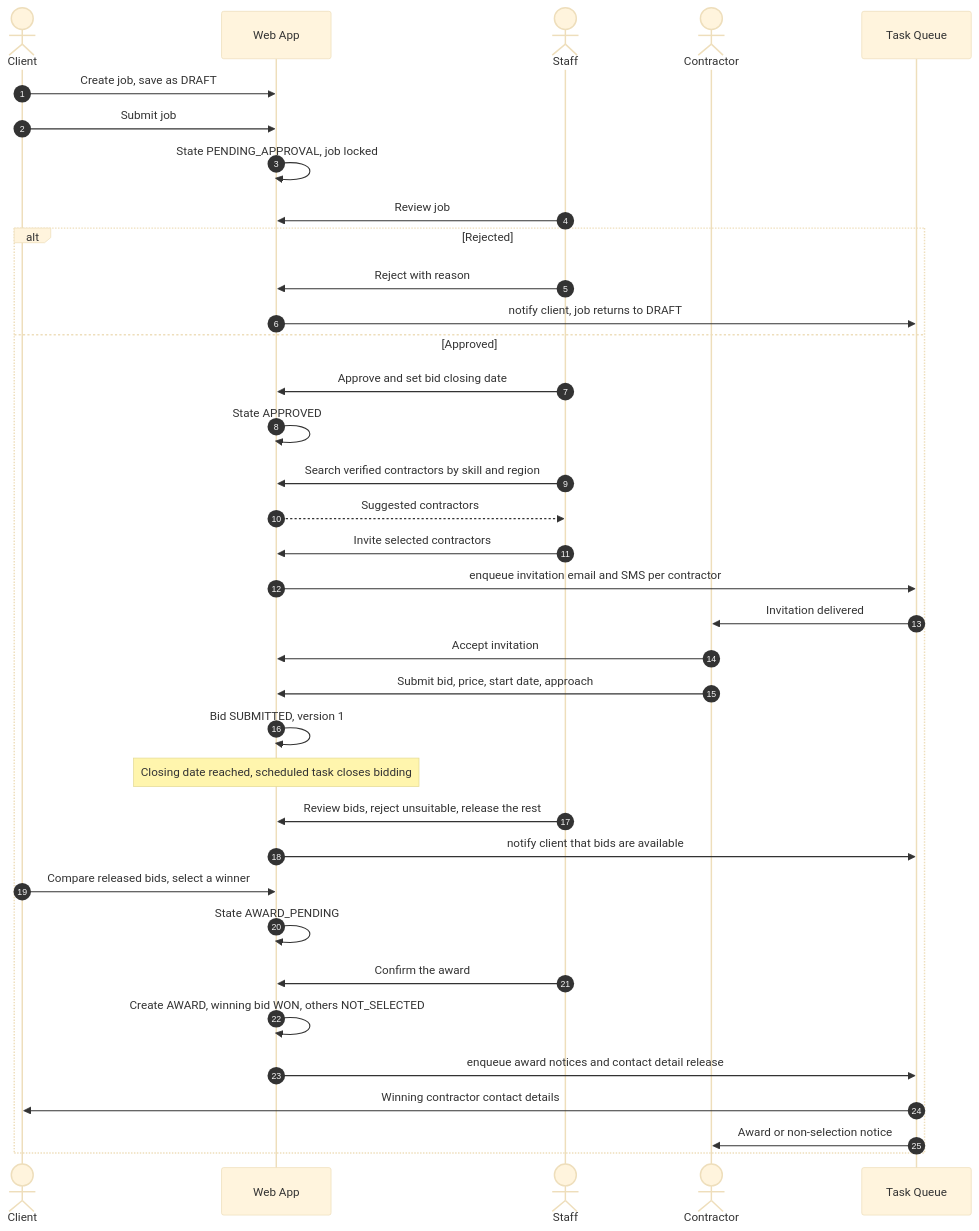
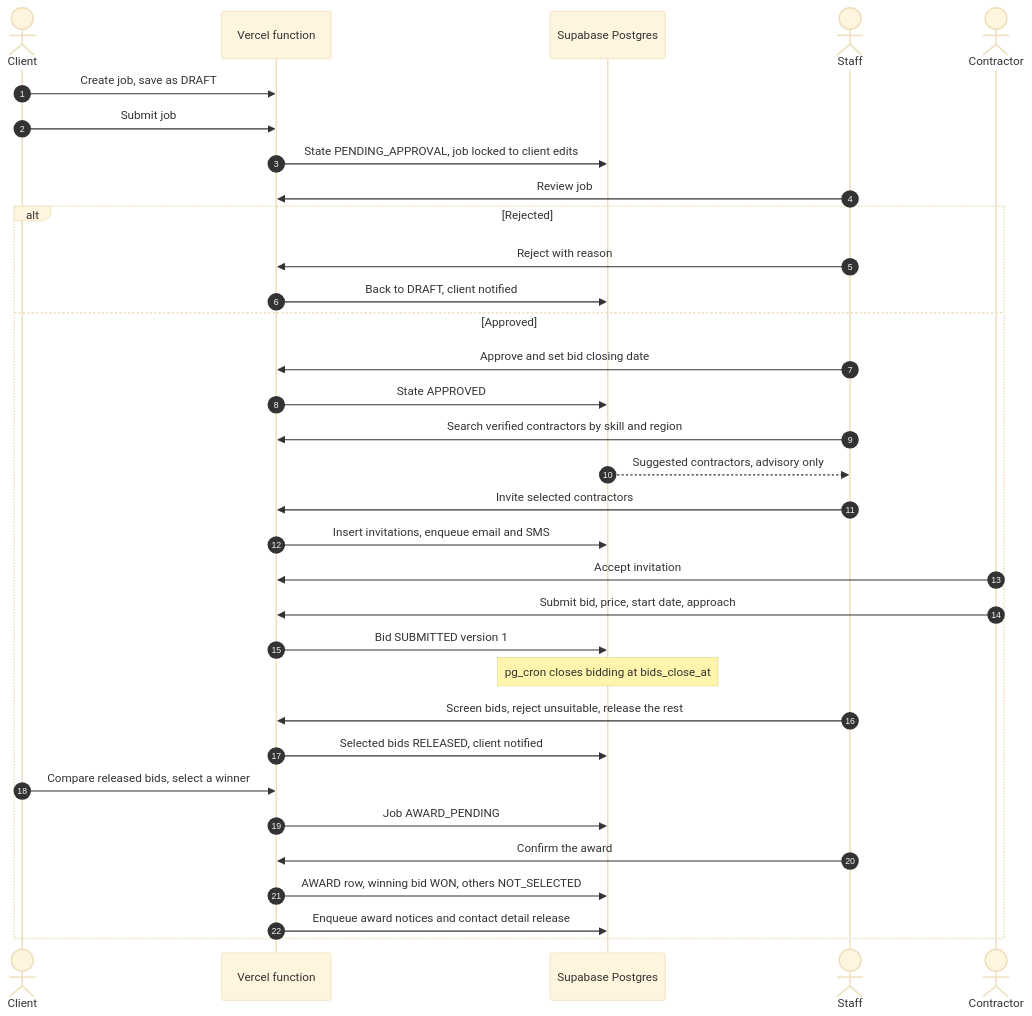
Before and after one commit to andrewbruno/ab-verified: the sixth of 11 diagrams in docs/SPEC.md, drawn with Mermaid (base theme). The commit also changed other lines of this file, not shown here.

First line of the commit message:
Rework the spec for Vercel, Supabase and RLS

````diff
--- a/docs/SPEC.md
+++ b/docs/SPEC.md
@@ -456,39 +494,36 @@
 ```mermaid
 sequenceDiagram
     autonumber
     actor C as Client
-    participant W as Web App
+    participant V as Vercel function
+    participant SB as Supabase Postgres
     actor S as Staff
     actor K as Contractor
-    participant Q as Task Queue
 
-    C->>W: Create job, save as DRAFT
-    C->>W: Submit job
-    W->>W: State PENDING_APPROVAL, job locked
-    S->>W: Review job
+    C->>V: Create job, save as DRAFT
+    C->>V: Submit job
+    V->>SB: State PENDING_APPROVAL, job locked to client edits
+    S->>V: Review job
     alt Rejected
-        S->>W: Reject with reason
-        W->>Q: notify client, job returns to DRAFT
+        S->>V: Reject with reason
+        V->>SB: Back to DRAFT, client notified
     else Approved
-        S->>W: Approve and set bid closing date
-        W->>W: State APPROVED
-        S->>W: Search verified contractors by skill and region
-        W-->>S: Suggested contractors
-        S->>W: Invite selected contractors
-        W->>Q: enqueue invitation email and SMS per contractor
-        Q->>K: Invitation delivered
-        K->>W: Accept invitation
-        K->>W: Submit bid, price, start date, approach
-        W->>W: Bid SUBMITTED, version 1
-        Note over W: Closing date reached, scheduled task closes bidding
-        S->>W: Review bids, reject unsuitable, release the rest
-        W->>Q: notify client that bids are available
-        C->>W: Compare released bids, select a winner
-        W->>W: State AWARD_PENDING
-        S->>W: Confirm the award
-        W->>W: Create AWARD, winning bid WON, others NOT_SELECTED
-        W->>Q: enqueue award notices and contact detail release
-        Q->>C: Winning contractor contact details
-        Q->>K: Award or non-selection notice
+        S->>V: Approve and set bid closing date
+        V->>SB: State APPROVED
+        S->>V: Search verified contractors by skill and region
+        SB-->>S: Suggested contractors, advisory only
+        S->>V: Invite selected contractors
+        V->>SB: Insert invitations, enqueue email and SMS
+        K->>V: Accept invitation
+        K->>V: Submit bid, price, start date, approach
+        V->>SB: Bid SUBMITTED version 1
+        Note over SB: pg_cron closes bidding at bids_close_at
+        S->>V: Screen bids, reject unsuitable, release the rest
+        V->>SB: Selected bids RELEASED, client notified
+        C->>V: Compare released bids, select a winner
+        V->>SB: Job AWARD_PENDING
+        S->>V: Confirm the award
+        V->>SB: AWARD row, winning bid WON, others NOT_SELECTED
+        V->>SB: Enqueue award notices and contact detail release
     end
 ```
````
